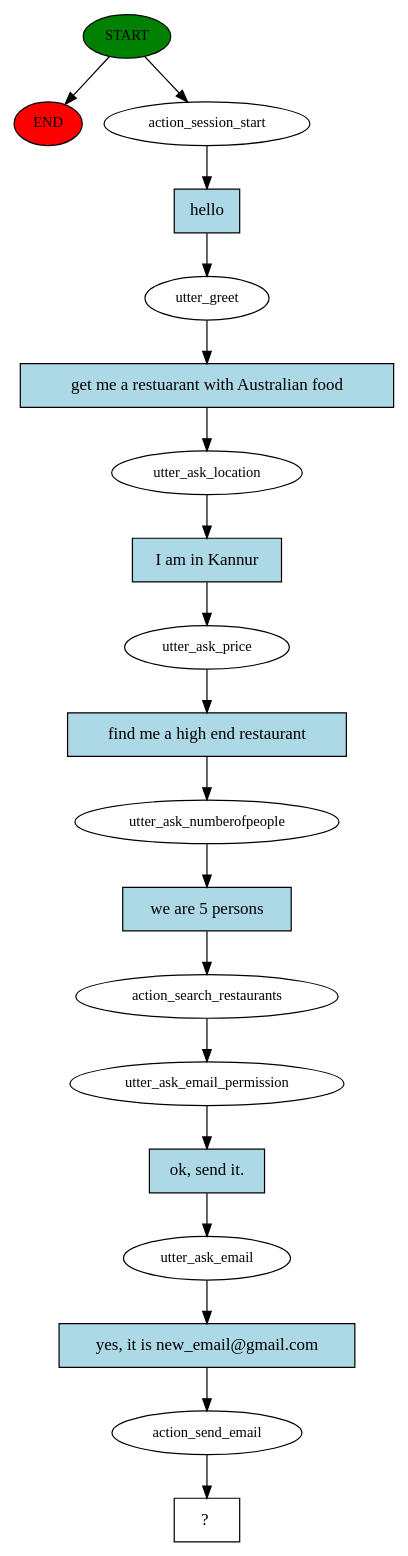
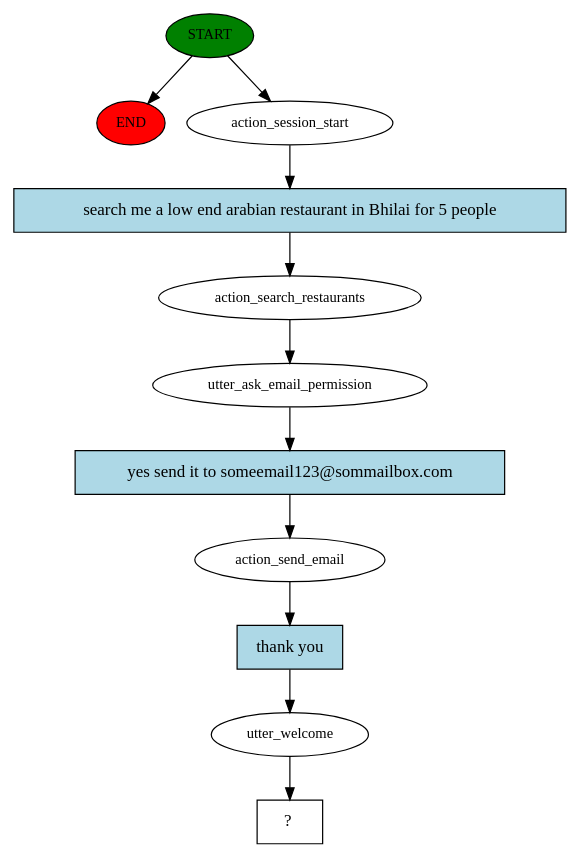
One commit to 4nshuman/Foodie_chatbot changed the diagram in story_graph.dot. Above: the diagram before and after it, drawn with Graphviz. The commit also changed 26 other files, not shown here.

```diff
--- a/story_graph.dot
+++ b/story_graph.dot
@@ -1,39 +1,23 @@
 digraph  {
 0 [class="start active", fillcolor=green, fontsize=12, label=START, style=filled];
 "-1" [class=end, fillcolor=red, fontsize=12, label=END, style=filled];
 1 [class=active, fontsize=12, label=action_session_start];
-2 [class=active, fontsize=12, label=utter_greet];
-3 [class=active, fontsize=12, label=utter_ask_location];
-4 [class=active, fontsize=12, label=utter_ask_price];
-5 [class=active, fontsize=12, label=utter_ask_numberofpeople];
-6 [class=active, fontsize=12, label=action_search_restaurants];
-7 [class=active, fontsize=12, label=utter_ask_email_permission];
-8 [class=active, fontsize=12, label=utter_ask_email];
-9 [class=active, fontsize=12, label=action_send_email];
-10 [class="intent dashed active", label="  ?  ", shape=rect];
-11 [class="intent active", fillcolor=lightblue, label=hello, shape=rect, style=filled];
-12 [class="intent active", fillcolor=lightblue, label="get me a restuarant with Australian food", shape=rect, style=filled];
-13 [class="intent active", fillcolor=lightblue, label="I am in Kannur", shape=rect, style=filled];
-14 [class="intent active", fillcolor=lightblue, label="find me a high end restaurant", shape=rect, style=filled];
-15 [class="intent active", fillcolor=lightblue, label="we are 5 persons", shape=rect, style=filled];
-16 [class="intent active", fillcolor=lightblue, label="ok, send it.", shape=rect, style=filled];
-17 [class="intent active", fillcolor=lightblue, label="yes, it is new_email@gmail.com", shape=rect, style=filled];
+2 [class=active, fontsize=12, label=action_search_restaurants];
+3 [class=active, fontsize=12, label=utter_ask_email_permission];
+4 [class=active, fontsize=12, label=action_send_email];
+5 [class=active, fontsize=12, label=utter_welcome];
+6 [class="intent dashed active", label="  ?  ", shape=rect];
+7 [class="intent active", fillcolor=lightblue, label="search me a low end arabian restaurant in Bhilai for 5 people", shape=rect, style=filled];
+8 [class="intent active", fillcolor=lightblue, label="yes send it to someemail123@sommailbox.com", shape=rect, style=filled];
+9 [class="intent active", fillcolor=lightblue, label="thank you", shape=rect, style=filled];
 0 -> "-1"  [class="", key=NONE, label=""];
 0 -> 1  [class=active, key=NONE, label=""];
-1 -> 11  [class=active, key=0];
-2 -> 12  [class=active, key=0];
-3 -> 13  [class=active, key=0];
-4 -> 14  [class=active, key=0];
-5 -> 15  [class=active, key=0];
-6 -> 7  [class=active, key=NONE, label=""];
-7 -> 16  [class=active, key=0];
-8 -> 17  [class=active, key=0];
-9 -> 10  [class=active, key=NONE, label=""];
-11 -> 2  [class=active, key=0];
-12 -> 3  [class=active, key=0];
-13 -> 4  [class=active, key=0];
-14 -> 5  [class=active, key=0];
-15 -> 6  [class=active, key=0];
-16 -> 8  [class=active, key=0];
-17 -> 9  [class=active, key=0];
+1 -> 7  [class=active, key=0];
+2 -> 3  [class=active, key=NONE, label=""];
+3 -> 8  [class=active, key=0];
+4 -> 9  [class=active, key=0];
+5 -> 6  [class=active, key=NONE, label=""];
+7 -> 2  [class=active, key=0];
+8 -> 4  [class=active, key=0];
+9 -> 5  [class=active, key=0];
 }
```
